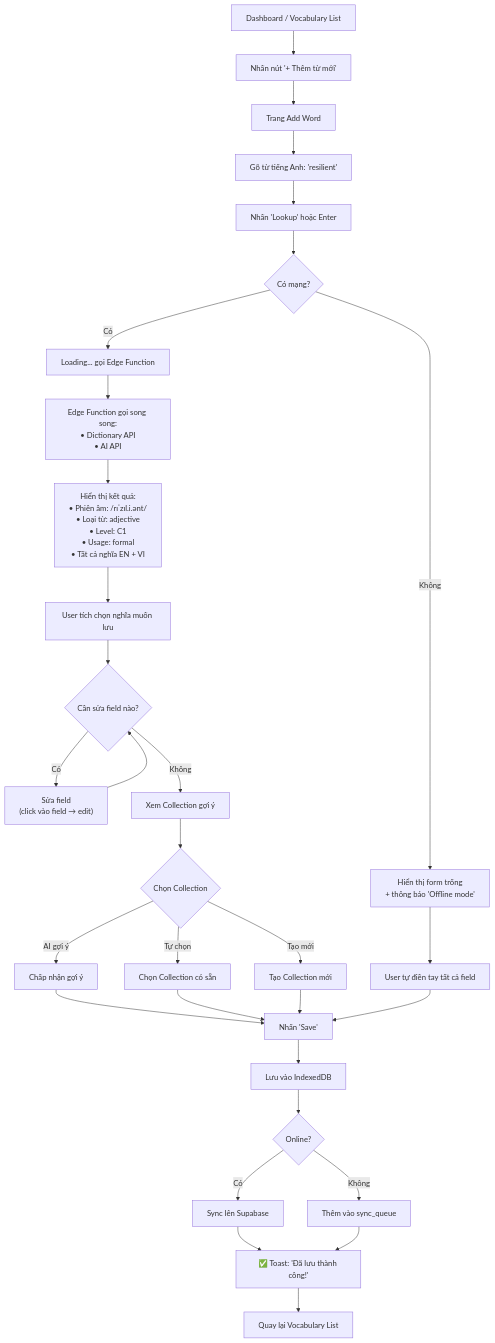
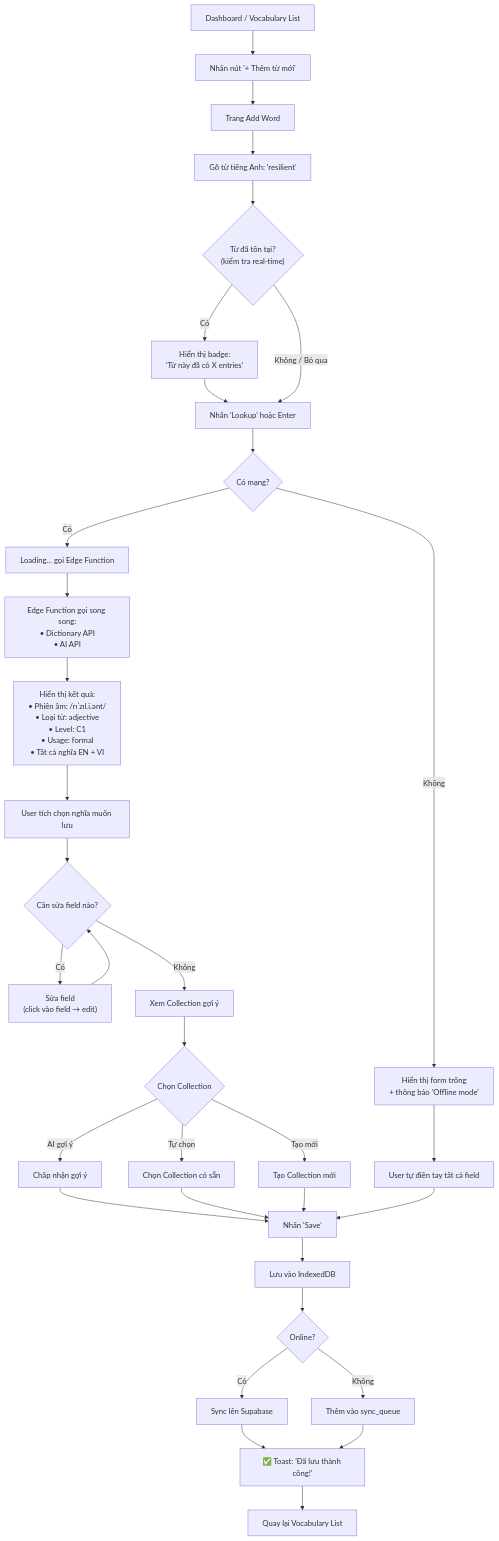
The third of 10 diagrams in docs/User_Flows.md (NguyenHungCuongg/mewmory), drawn with Mermaid before and after one commit. The commit also changed other lines of this file and 5 other files, not shown here.

````diff
--- a/docs/User_Flows.md
+++ b/docs/User_Flows.md
@@ -54,34 +54,37 @@
 ```mermaid
 flowchart TD
     A["Dashboard / Vocabulary List"] --> B["Nhấn nút '+ Thêm từ mới'"]
     B --> C["Trang Add Word"]
     C --> D["Gõ từ tiếng Anh: 'resilient'"]
-    D --> E["Nhấn 'Lookup' hoặc Enter"]
+    D --> D1{"Từ đã tồn tại?\n(kiểm tra real-time)"}
+    D1 -->|"Có"| D2["Hiển thị badge:\n'Từ này đã có X entries'"]
+    D2 --> E["Nhấn 'Lookup' hoặc Enter"]
+    D1 -->|"Không / Bỏ qua"| E
     E --> F{"Có mạng?"}
     F -->|Có| G["Loading... gọi Edge Function"]
     G --> H["Edge Function gọi song song:\n• Dictionary API\n• AI API"]
     H --> I["Hiển thị kết quả:\n• Phiên âm: /rɪˈzɪl.i.ənt/\n• Loại từ: adjective\n• Level: C1\n• Usage: formal\n• Tất cả nghĩa EN + VI"]
     I --> J["User tích chọn nghĩa muốn lưu"]
     J --> K{"Cần sửa field nào?"}
     K -->|Có| L["Sửa field\n(click vào field → edit)"]
     L --> K
     K -->|Không| M["Xem Collection gợi ý"]
     M --> N{"Chọn Collection"}
     N -->|AI gợi ý| O["Chấp nhận gợi ý"]
     N -->|Tự chọn| P["Chọn Collection có sẵn"]
     N -->|Tạo mới| Q["Tạo Collection mới"]
     O --> R["Nhấn 'Save'"]
     P --> R
     Q --> R
     R --> S["Lưu vào IndexedDB"]
     S --> T{"Online?"}
     T -->|Có| U["Sync lên Supabase"]
     T -->|Không| V["Thêm vào sync_queue"]
     U --> W["✅ Toast: 'Đã lưu thành công!'"]
     V --> W
     W --> X["Quay lại Vocabulary List"]
 
     F -->|Không| Y["Hiển thị form trống\n+ thông báo 'Offline mode'"]
     Y --> Z["User tự điền tay tất cả field"]
     Z --> R
 ```
````
